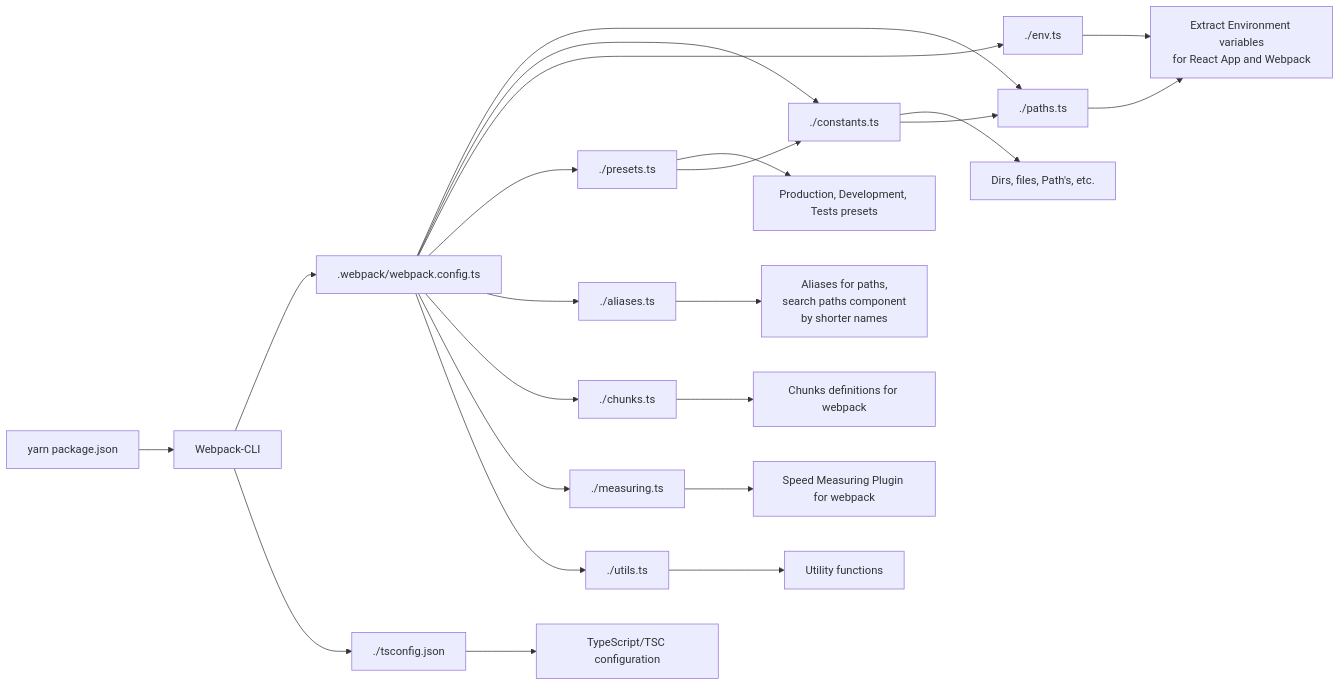
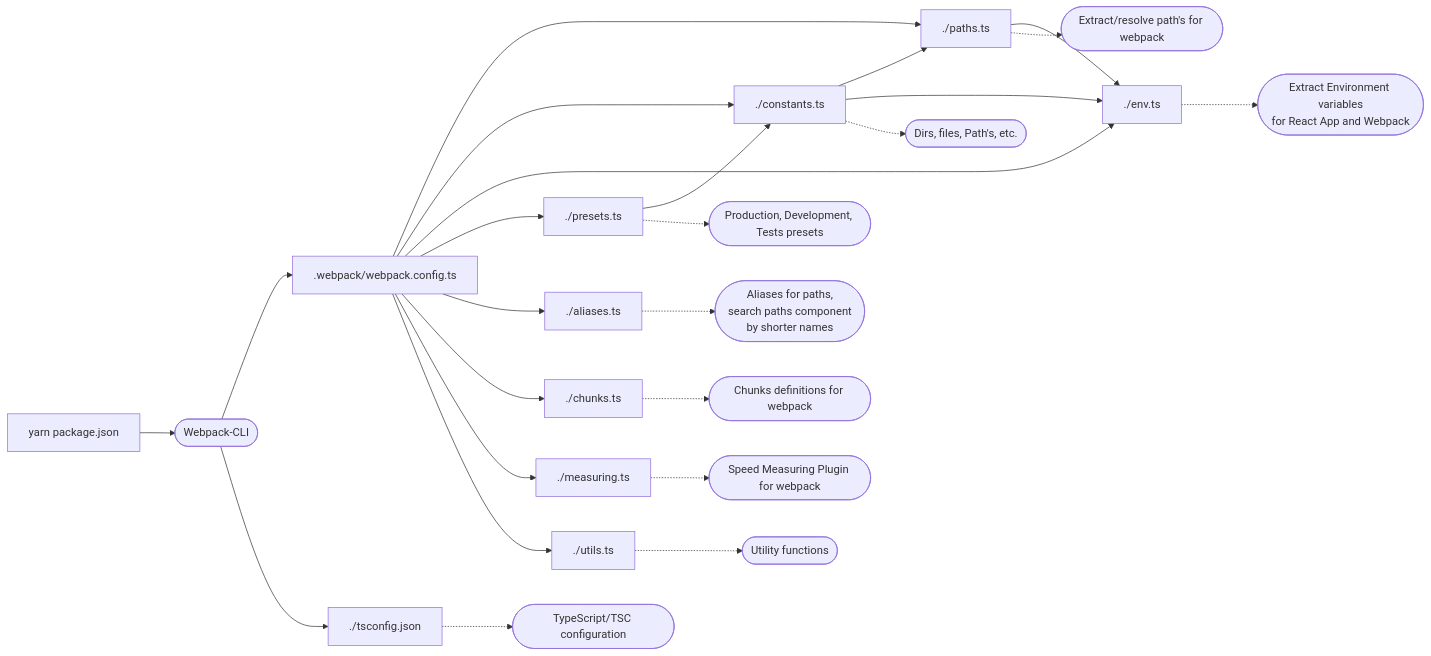
One commit to OleksandrKucherenko/webpack.config changed the diagram in .webpack/_README.md. Above: the diagram before and after it, drawn with Mermaid. The commit also changed 15 other files, not shown here.

````diff
--- a/.webpack/_README.md
+++ b/.webpack/_README.md
@@ -5,16 +5,28 @@
 ```mermaid
 graph LR;
-    Z[yarn package.json] --> A[Webpack-CLI]
+    Z[yarn package.json] --> A([Webpack-CLI])
     A --> B[.webpack/webpack.config.ts]
-    A --> T[./tsconfig.json] --> T1[TypeScript/TSC configuration]
-    B --> I[./paths.ts] --> H1[Extract/resolve path's for webpack]
-    B --> D[./constants.ts] --> D1[Dirs, files, Path's, etc.]
-    B --> H[./env.ts] --> H1[Extract Environment variables\nfor React App and Webpack]
-    B --> C[./presets.ts] --> C1[Production, Development, Tests presets]
-    B --> E[./aliases.ts] --> E1[Aliases for paths, \nsearch paths component \nby shorter names]
-    B --> F[./chunks.ts] --> F1[Chunks definitions for webpack]
-    B --> G[./measuring.ts] --> G1[Speed Measuring Plugin for webpack]
-    B --> U[./utils.ts] --> U1[Utility functions]
+    A --> T[./tsconfig.json]
+    B --> I[./paths.ts]
+    B --> D[./constants.ts]
+    B --> H[./env.ts]
+    B --> C[./presets.ts]
+    B --> E[./aliases.ts]
+    B --> F[./chunks.ts]
+    B --> G[./measuring.ts]
+    B --> U[./utils.ts]
     C --> D
     D --> I
+    I --> H
+    D --> H
+    %% Comments
+    T -.-> T1([TypeScript/TSC configuration])
+    I -.-> I1([Extract/resolve path's for webpack])
+    D -.-> D1([Dirs, files, Path's, etc.])
+    H -.-> H1([Extract Environment variables\nfor React App and Webpack])
+    C -.-> C1([Production, Development, Tests presets])
+    E -.-> E1([Aliases for paths, \nsearch paths component \nby shorter names])
+    F -.-> F1([Chunks definitions for webpack])
+    G -.-> G1([Speed Measuring Plugin for webpack])
+    U -.-> U1([Utility functions])
 ```
````
